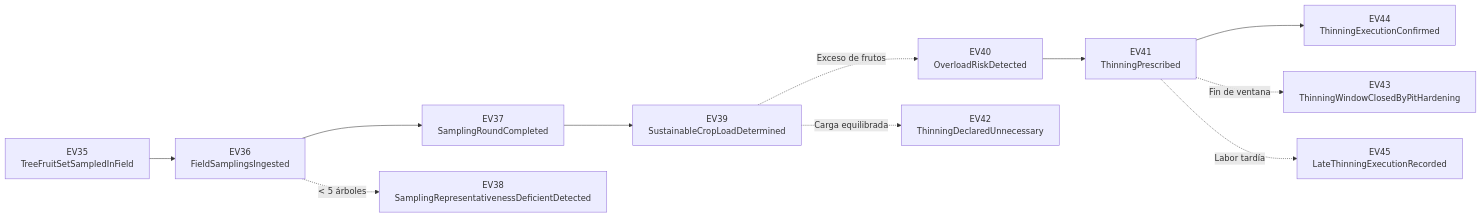
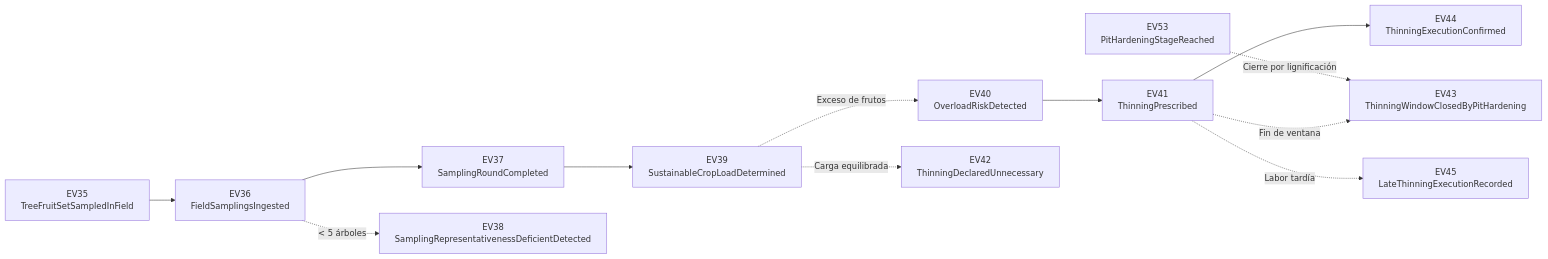
Before and after one commit to upc-pre-1acc0238-2620-4951-arcadiadevs/viora-report: the seventh of 10 diagrams in docs/event-storming/Paso2_timelines.md, drawn with Mermaid. The commit also changed other lines of this file, not shown here.

First line of the commit message:
fix(event-storming): register ev53 and ev54 in the timeline catalog

````diff
--- a/docs/event-storming/Paso2_timelines.md
+++ b/docs/event-storming/Paso2_timelines.md
@@ -199,18 +201,19 @@
 ```mermaid
 graph LR
     EV35["EV35<br/>TreeFruitSetSampledInField"] --> EV36["EV36<br/>FieldSamplingsIngested"]
     
     EV36 --> EV37["EV37<br/>SamplingRoundCompleted"]
     EV36 -. < 5 árboles .-> EV38["EV38<br/>SamplingRepresentativenessDeficientDetected"]
     
     EV37 --> EV39["EV39<br/>SustainableCropLoadDetermined"]
     
     EV39 -. Exceso de frutos .-> EV40["EV40<br/>OverloadRiskDetected"]
     EV40 --> EV41["EV41<br/>ThinningPrescribed"]
     
     EV39 -. Carga equilibrada .-> EV42["EV42<br/>ThinningDeclaredUnnecessary"]
     
     EV41 --> EV44["EV44<br/>ThinningExecutionConfirmed"]
-    EV41 -. Fin de ventana .-> EV43["EV43<br/>ThinningWindowClosedByPitHardening"]
+    EV53["EV53<br/>PitHardeningStageReached"] -. Cierre por lignificación .-> EV43["EV43<br/>ThinningWindowClosedByPitHardening"]
+    EV41 -. Fin de ventana .-> EV43
     EV41 -. Labor tardía .-> EV45["EV45<br/>LateThinningExecutionRecorded"]
 ```
````
